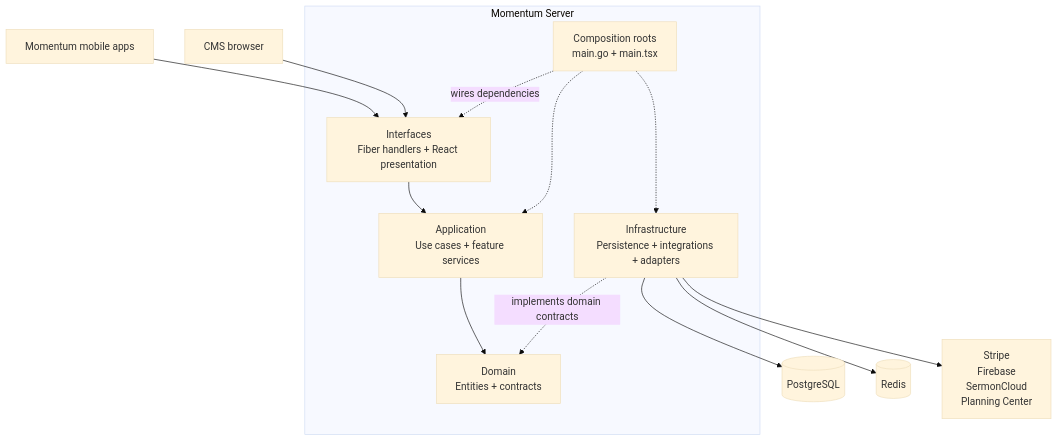
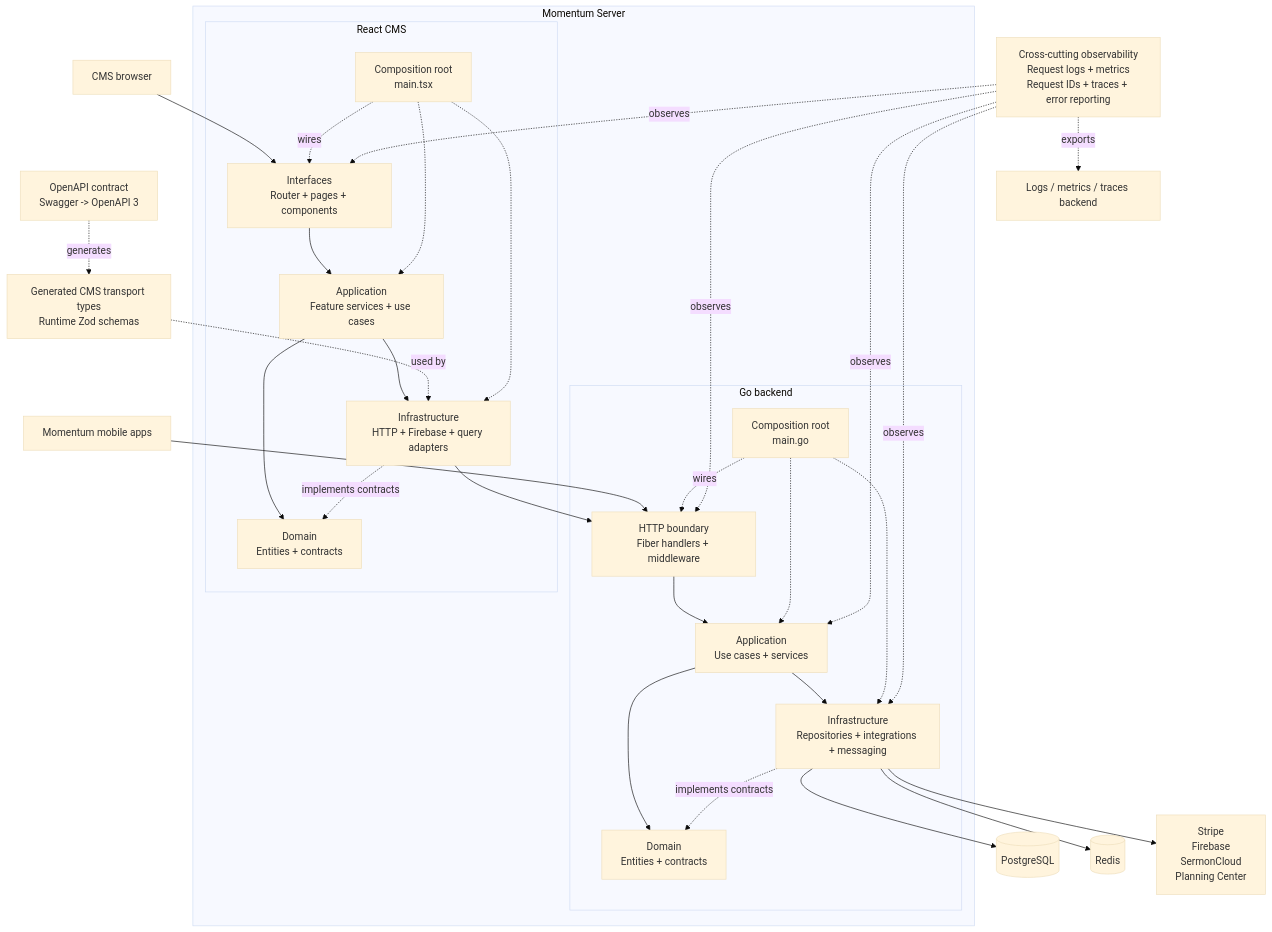
Before and after one commit to MwaiBanda/Momentum-Server: the diagram in README.md, drawn with Mermaid (base theme). The commit also changed other lines of this file, not shown here.

````diff
--- a/README.md
+++ b/README.md
@@ -86,29 +86,64 @@
 ```mermaid
 flowchart TB
     mobile["Momentum mobile apps"]
     browser["CMS browser"]
 
     subgraph product["Momentum Server"]
-        presentation["Interfaces<br/>Fiber handlers + React presentation"]
-        application["Application<br/>Use cases + feature services"]
-        domain["Domain<br/>Entities + contracts"]
-        infrastructure["Infrastructure<br/>Persistence + integrations + adapters"]
-        composition["Composition roots<br/>main.go + main.tsx"]
+        subgraph backend["Go backend"]
+            api["HTTP boundary<br/>Fiber handlers + middleware"]
+            backendApplication["Application<br/>Use cases + services"]
+            backendDomain["Domain<br/>Entities + contracts"]
+            backendInfrastructure["Infrastructure<br/>Repositories + integrations + messaging"]
+            backendRoot["Composition root<br/>main.go"]
+        end
+
+        subgraph cms["React CMS"]
+            cmsInterfaces["Interfaces<br/>Router + pages + components"]
+            cmsApplication["Application<br/>Feature services + use cases"]
+            cmsDomain["Domain<br/>Entities + contracts"]
+            cmsInfrastructure["Infrastructure<br/>HTTP + Firebase + query adapters"]
+            cmsRoot["Composition root<br/>main.tsx"]
+        end
     end
 
     postgres[("PostgreSQL")]
     redis[("Redis")]
     integrations["Stripe<br/>Firebase<br/>SermonCloud<br/>Planning Center"]
+    contract["OpenAPI contract<br/>Swagger -> OpenAPI 3"]
+    generated["Generated CMS transport types<br/>Runtime Zod schemas"]
+    telemetry["Cross-cutting observability<br/>Request logs + metrics<br/>Request IDs + traces + error reporting"]
+    telemetryBackend["Logs / metrics / traces backend"]
 
-    mobile --> presentation
-    browser --> presentation
-    presentation --> application
-    application --> domain
-    infrastructure -. "implements domain contracts" .-> domain
-    composition -. "wires dependencies" .-> presentation
-    composition -.-> application
-    composition -.-> infrastructure
-    infrastructure --> postgres
-    infrastructure --> redis
-    infrastructure --> integrations
+    mobile --> api
+    browser --> cmsInterfaces
+
+    api --> backendApplication
+    backendApplication --> backendDomain
+    backendApplication --> backendInfrastructure
+    backendInfrastructure --> postgres
+    backendInfrastructure --> redis
+    backendInfrastructure --> integrations
+
+    cmsInterfaces --> cmsApplication
+    cmsApplication --> cmsDomain
+    cmsApplication --> cmsInfrastructure
+    cmsInfrastructure --> api
+
+    contract -. "generates" .-> generated
+    generated -. "used by" .-> cmsInfrastructure
+
+    backendInfrastructure -. "implements contracts" .-> backendDomain
+    cmsInfrastructure -. "implements contracts" .-> cmsDomain
+    backendRoot -. "wires" .-> api
+    backendRoot -.-> backendApplication
+    backendRoot -.-> backendInfrastructure
+    cmsRoot -. "wires" .-> cmsInterfaces
+    cmsRoot -.-> cmsApplication
+    cmsRoot -.-> cmsInfrastructure
+
+    telemetry -. "observes" .-> api
+    telemetry -. "observes" .-> backendApplication
+    telemetry -. "observes" .-> backendInfrastructure
+    telemetry -. "observes" .-> cmsInterfaces
+    telemetry -. "exports" .-> telemetryBackend
 ```
````
